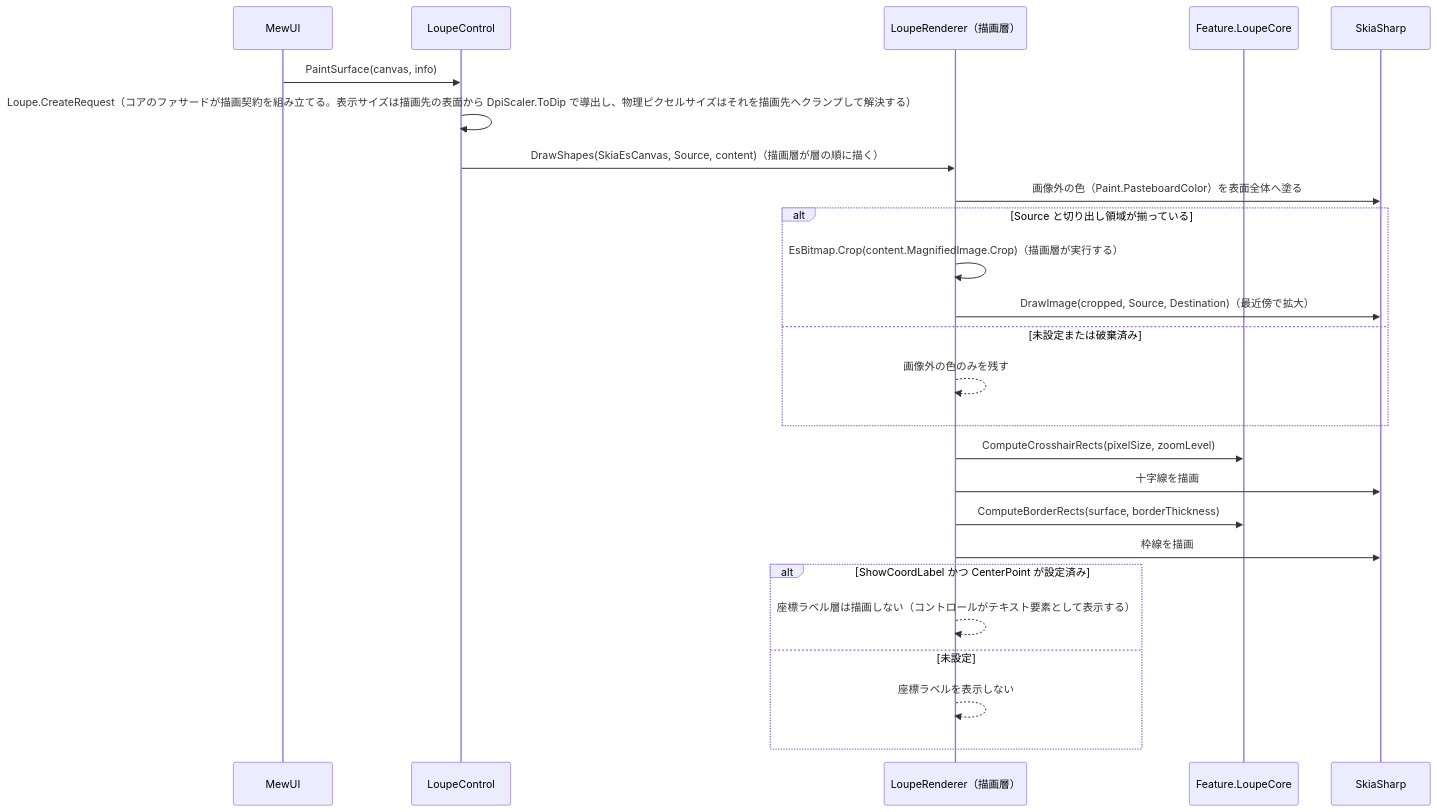
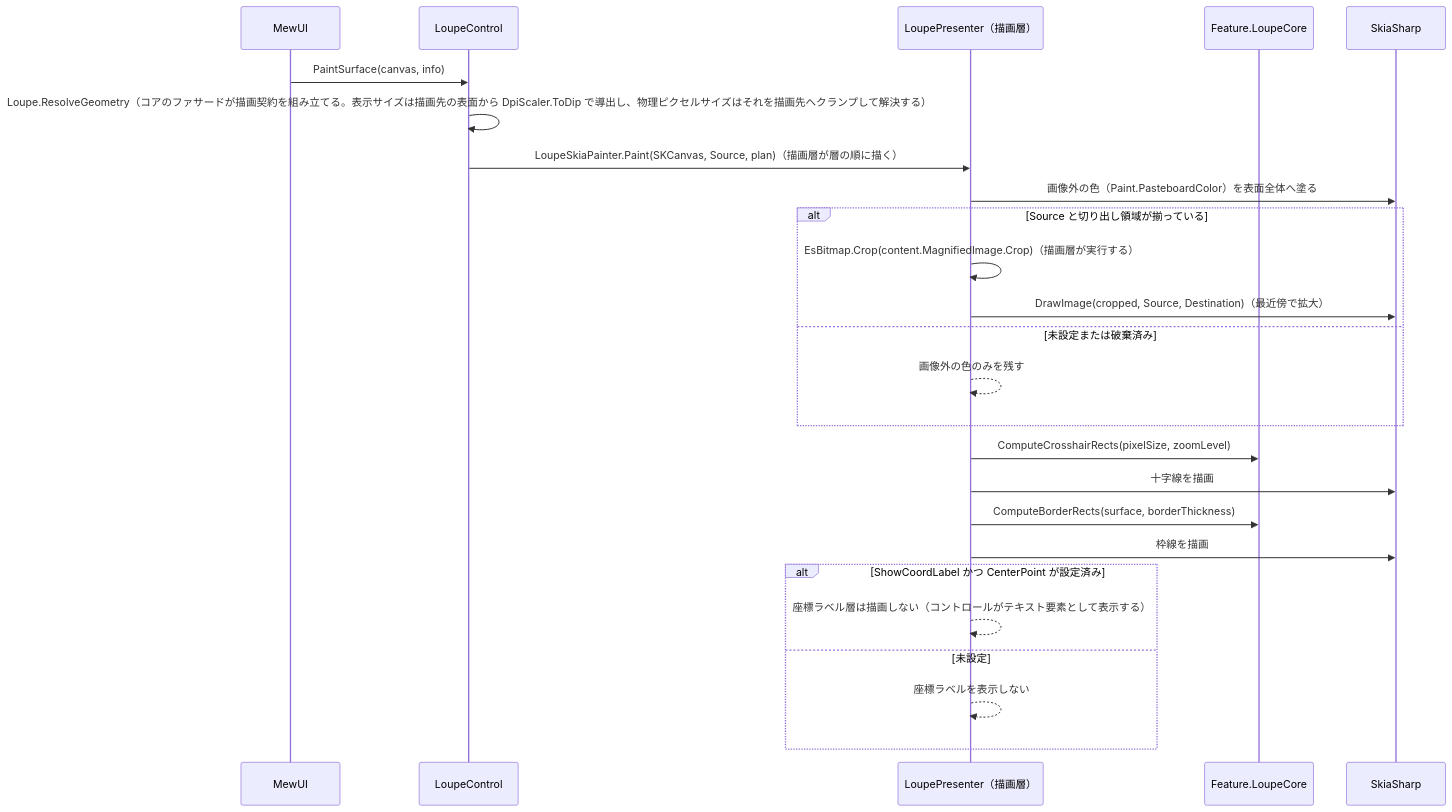
Before and after one commit to tomokuni/SaveEvidence: the second of 2 diagrams in src/LoupeControl.MewUI/SPEC_System.md, drawn with Mermaid. The commit also changed other lines of this file and 92 other files, not shown here.

````diff
--- a/src/LoupeControl.MewUI/SPEC_System.md
+++ b/src/LoupeControl.MewUI/SPEC_System.md
@@ -182,28 +182,28 @@
 ```mermaid
 sequenceDiagram
     participant MW as MewUI
     participant LC as LoupeControl
-    participant R as LoupeRenderer（描画層）
+    participant R as LoupePresenter（描画層）
     participant C as Feature.LoupeCore
     participant SK as SkiaSharp
 
     MW->>LC: PaintSurface(canvas, info)
-    LC->>LC: Loupe.CreateRequest（コアのファサードが描画契約を組み立てる。表示サイズは描画先の表面から DpiScaler.ToDip で導出し、物理ピクセルサイズはそれを描画先へクランプして解決する）
-    LC->>R: DrawShapes(SkiaEsCanvas, Source, content)（描画層が層の順に描く）
+    LC->>LC: Loupe.ResolveGeometry（コアのファサードが描画契約を組み立てる。表示サイズは描画先の表面から DpiScaler.ToDip で導出し、物理ピクセルサイズはそれを描画先へクランプして解決する）
+    LC->>R: LoupeSkiaPainter.Paint(SKCanvas, Source, plan)（描画層が層の順に描く）
     R->>SK: 画像外の色（Paint.PasteboardColor）を表面全体へ塗る
     alt Source と切り出し領域が揃っている
         R->>R: EsBitmap.Crop(content.MagnifiedImage.Crop)（描画層が実行する）
         R->>SK: DrawImage(cropped, Source, Destination)（最近傍で拡大）
     else 未設定または破棄済み
         R-->>R: 画像外の色のみを残す
     end
     R->>C: ComputeCrosshairRects(pixelSize, zoomLevel)
     R->>SK: 十字線を描画
     R->>C: ComputeBorderRects(surface, borderThickness)
     R->>SK: 枠線を描画
     alt ShowCoordLabel かつ CenterPoint が設定済み
         R-->>R: 座標ラベル層は描画しない（コントロールがテキスト要素として表示する）
     else 未設定
         R-->>R: 座標ラベルを表示しない
     end
 ```
````
